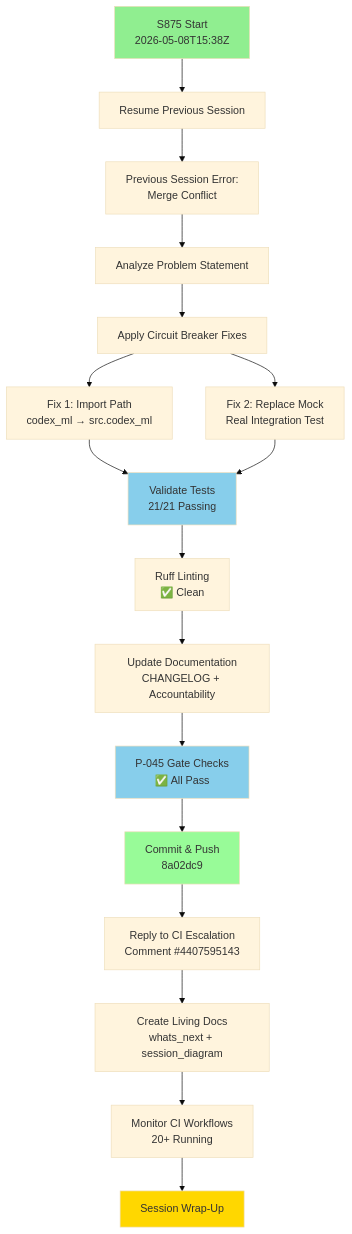
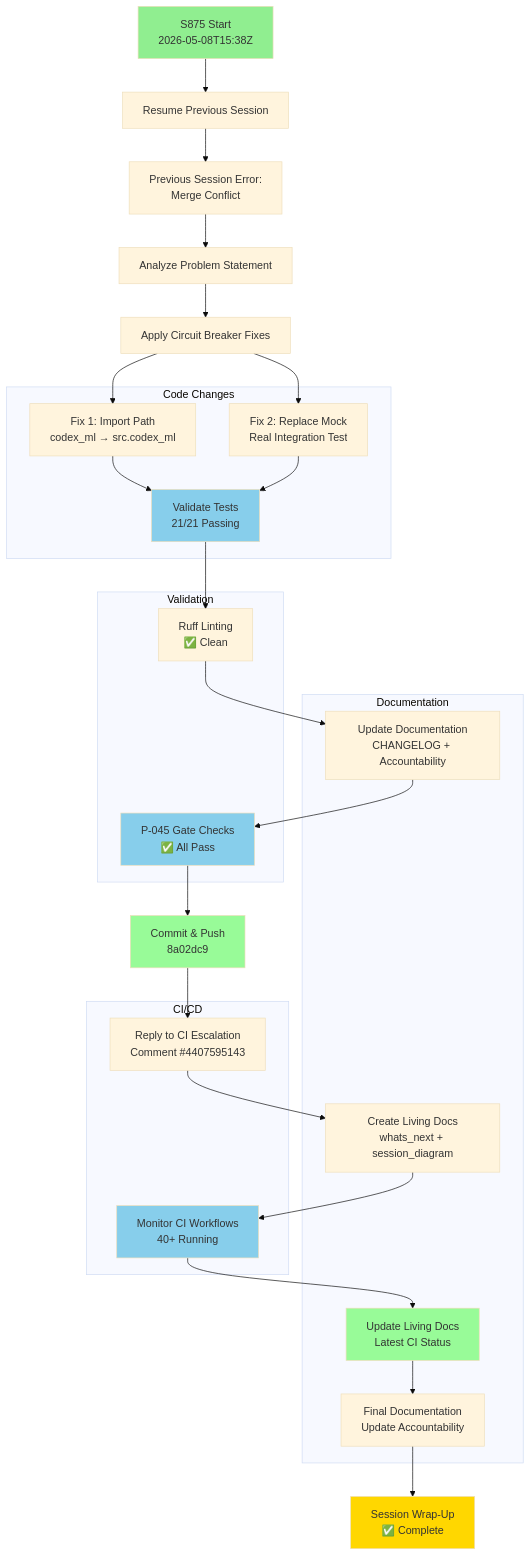
Before and after one commit to Aries-Serpent/_codex_: the first of 3 diagrams in docs/sessions/PR4366_session_diagram.md, drawn with Mermaid (base theme). The commit also changed other lines of this file and 2 other files, not shown here.

First line of the commit message:
docs(final): comprehensive living docs update with all progress tracking

````diff
--- a/docs/sessions/PR4366_session_diagram.md
+++ b/docs/sessions/PR4366_session_diagram.md
@@ -12,31 +12,59 @@
 ```mermaid
 graph TD
     A[S875 Start<br/>2026-05-08T15:38Z] --> B[Resume Previous Session]
     B --> C[Previous Session Error:<br/>Merge Conflict]
     C --> D[Analyze Problem Statement]
     D --> E[Apply Circuit Breaker Fixes]
     
     E --> F[Fix 1: Import Path<br/>codex_ml → src.codex_ml]
     E --> G[Fix 2: Replace Mock<br/>Real Integration Test]
     
     F --> H[Validate Tests<br/>21/21 Passing]
     G --> H
     
     H --> I[Ruff Linting<br/>✅ Clean]
     I --> J[Update Documentation<br/>CHANGELOG + Accountability]
     
     J --> K[P-045 Gate Checks<br/>✅ All Pass]
     K --> L[Commit & Push<br/>8a02dc9]
     
     L --> M[Reply to CI Escalation<br/>Comment #4407595143]
     M --> N[Create Living Docs<br/>whats_next + session_diagram]
     
-    N --> O[Monitor CI Workflows<br/>20+ Running]
-    O --> P[Session Wrap-Up]
+    N --> O[Monitor CI Workflows<br/>40+ Running]
+    O --> P[Update Living Docs<br/>Latest CI Status]
+    
+    P --> Q[Final Documentation<br/>Update Accountability]
+    Q --> R[Session Wrap-Up<br/>✅ Complete]
     
     style A fill:#90EE90
-    style P fill:#FFD700
+    style R fill:#FFD700
     style H fill:#87CEEB
     style K fill:#87CEEB
     style L fill:#98FB98
+    style O fill:#87CEEB
+    style P fill:#98FB98
+    
+    subgraph "Code Changes"
+        F
+        G
+        H
+    end
+    
+    subgraph "Documentation"
+        J
+        N
+        P
+        Q
+    end
+    
+    subgraph "CI/CD"
+        M
+        O
+    end
+    
+    subgraph "Validation"
+        I
+        K
+    end
 ```
````
